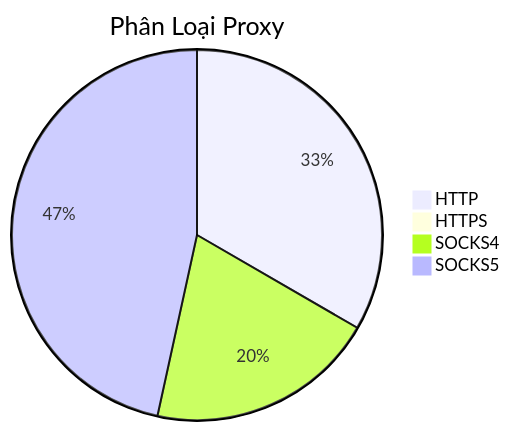
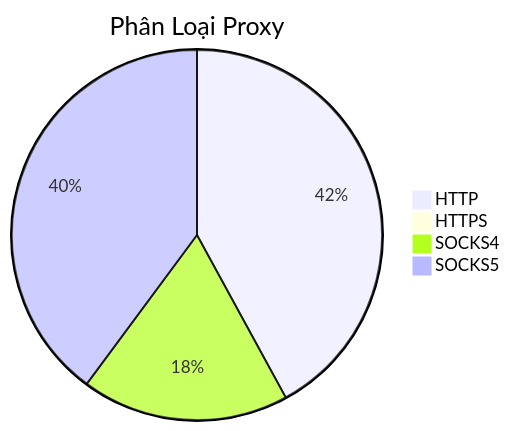
One commit to Ciara-12/PROXY-free changed the diagram in README.md. Above: the diagram before and after it, drawn with Mermaid. The commit also changed other lines of this file and 3 other files, not shown here.

````diff
--- a/README.md
+++ b/README.md
@@ -26,7 +26,7 @@
 ```mermaid
 pie title Phân Loại Proxy
-    "HTTP" : 467
+    "HTTP" : 769
     "HTTPS" : 0
-    "SOCKS4" : 281
-    "SOCKS5" : 652
+    "SOCKS4" : 331
+    "SOCKS5" : 729
 ```
````
